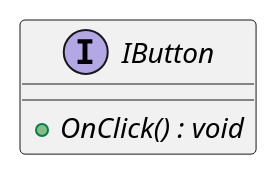
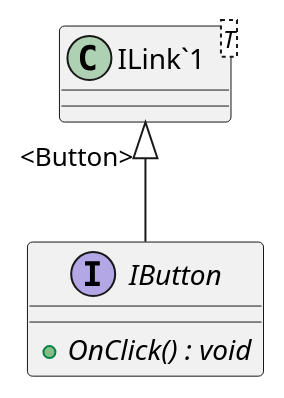
Before and after one commit to mysteryfungus/DungeonGeneratorUnity: the diagram in UML/Service/Interfaces/IButton.puml, drawn with PlantUML. The commit also changed 61 other files, not shown here.

Commit message:
Generate UML (Generate UML)

```diff
--- a/UML/Service/Interfaces/IButton.puml
+++ b/UML/Service/Interfaces/IButton.puml
@@ -1,5 +1,8 @@
 @startuml
 interface IButton {
     + {abstract} OnClick() : void
 }
+class "ILink`1"<T> {
+}
+"ILink`1" "<Button>" <|-- IButton
 @enduml
```
